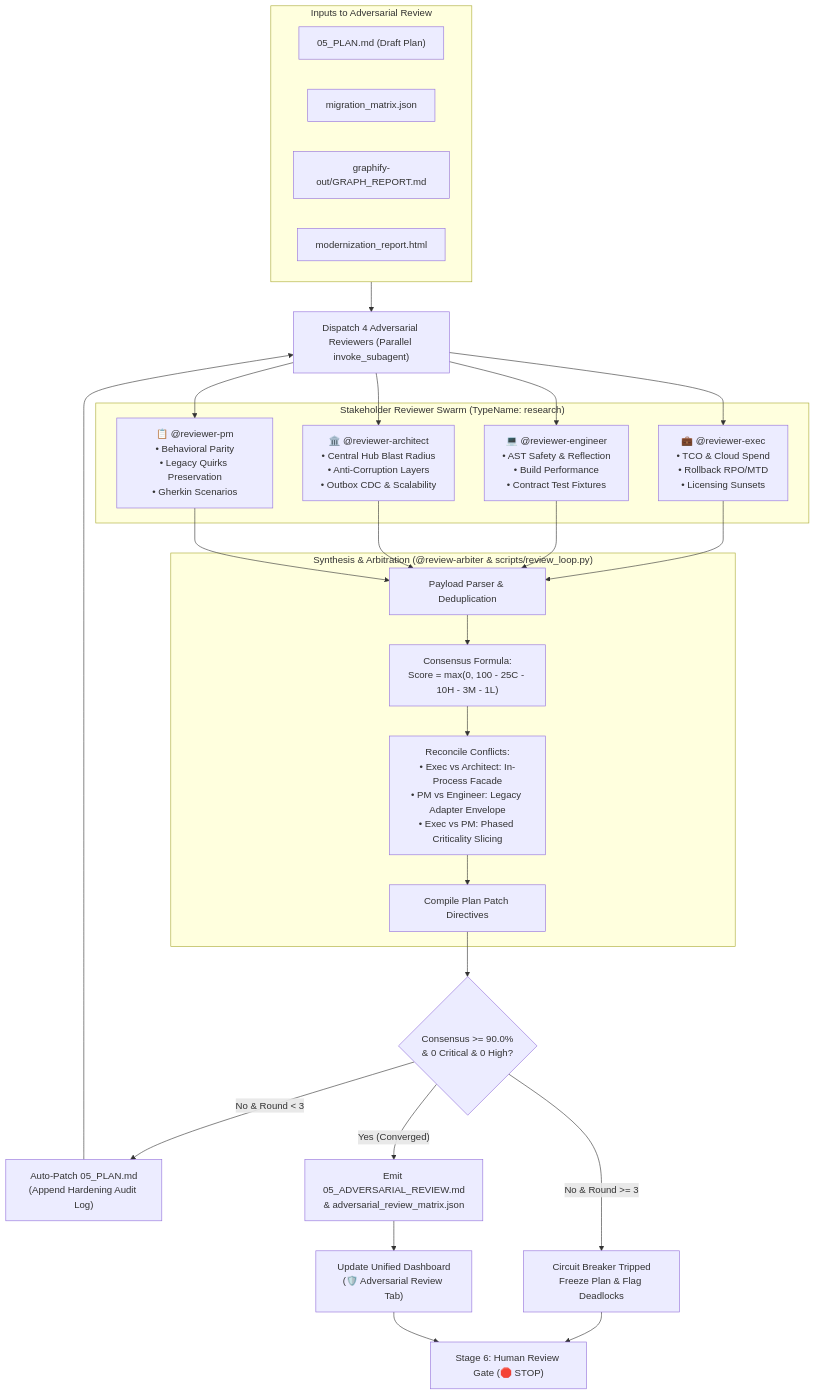
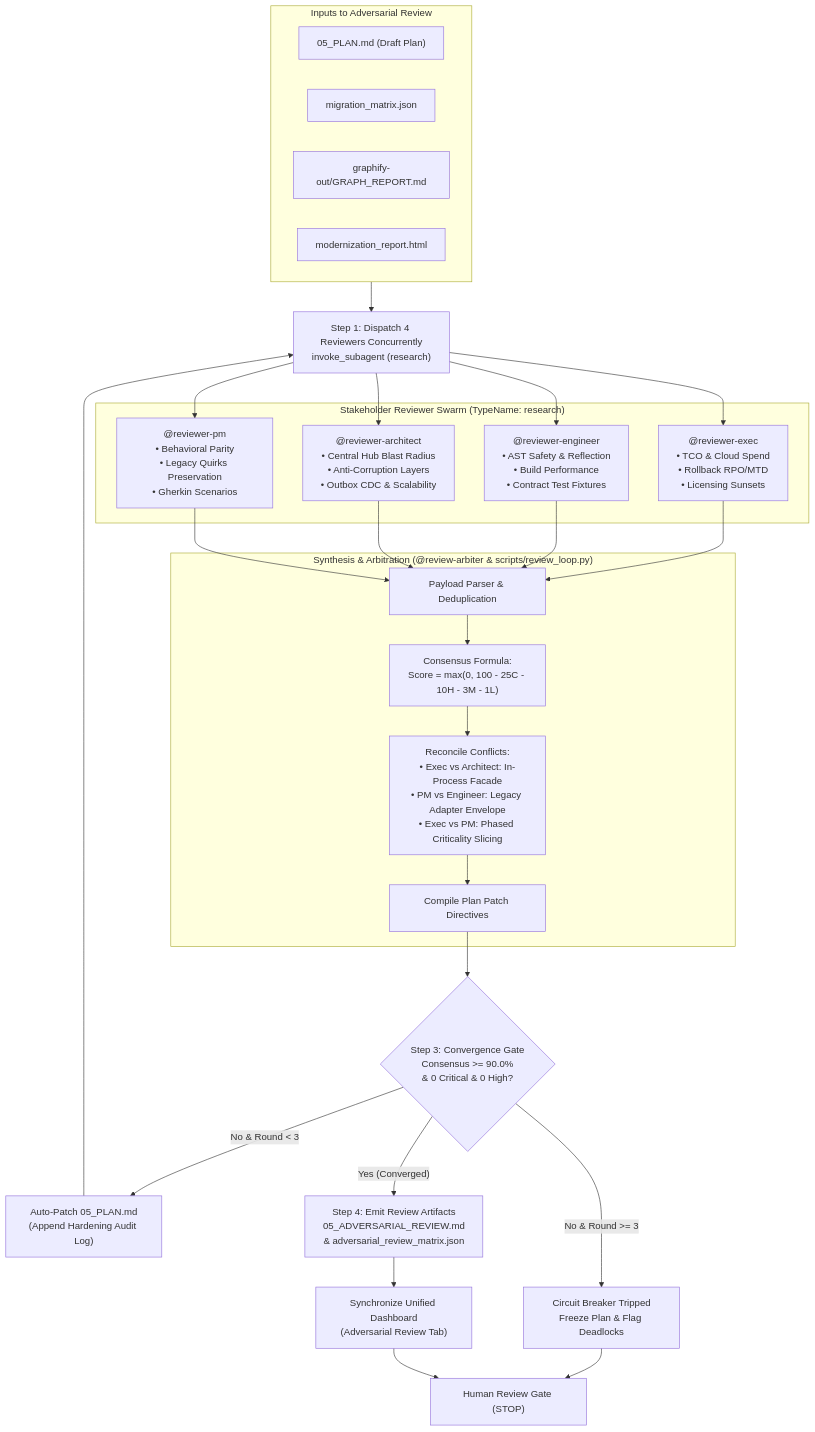
Before and after one commit to sapientcoffee/bean-grinder: the diagram in skills/adversarial-review/SKILL.md, drawn with Mermaid. The commit also changed other lines of this file and 4 other files, not shown here.

````diff
--- a/skills/adversarial-review/SKILL.md
+++ b/skills/adversarial-review/SKILL.md
@@ -46,39 +10,39 @@
 ```mermaid
 flowchart TD
     subgraph Inputs["Inputs to Adversarial Review"]
         Plan["05_PLAN.md (Draft Plan)"]
         Matrix["migration_matrix.json"]
         Graph["graphify-out/GRAPH_REPORT.md"]
         Report["modernization_report.html"]
     end
 
-    Inputs --> Dispatch["Dispatch 4 Adversarial Reviewers (Parallel invoke_subagent)"]
+    Inputs --> Dispatch["Step 1: Dispatch 4 Reviewers Concurrently<br/>invoke_subagent (research)"]
 
     subgraph Swarm["Stakeholder Reviewer Swarm (TypeName: research)"]
-        Exec["💼 @reviewer-exec<br/>• TCO & Cloud Spend<br/>• Rollback RPO/MTD<br/>• Licensing Sunsets"]
-        Eng["💻 @reviewer-engineer<br/>• AST Safety & Reflection<br/>• Build Performance<br/>• Contract Test Fixtures"]
-        Arch["🏛️ @reviewer-architect<br/>• Central Hub Blast Radius<br/>• Anti-Corruption Layers<br/>• Outbox CDC & Scalability"]
-        PM["📋 @reviewer-pm<br/>• Behavioral Parity<br/>• Legacy Quirks Preservation<br/>• Gherkin Scenarios"]
+        Exec["@reviewer-exec<br/>• TCO & Cloud Spend<br/>• Rollback RPO/MTD<br/>• Licensing Sunsets"]
+        Eng["@reviewer-engineer<br/>• AST Safety & Reflection<br/>• Build Performance<br/>• Contract Test Fixtures"]
+        Arch["@reviewer-architect<br/>• Central Hub Blast Radius<br/>• Anti-Corruption Layers<br/>• Outbox CDC & Scalability"]
+        PM["@reviewer-pm<br/>• Behavioral Parity<br/>• Legacy Quirks Preservation<br/>• Gherkin Scenarios"]
     end
 
     Dispatch --> Exec & Eng & Arch & PM
 
     subgraph Arbitration["Synthesis & Arbitration (@review-arbiter & scripts/review_loop.py)"]
         Exec & Eng & Arch & PM --> Parse["Payload Parser & Deduplication"]
         Parse --> Score["Consensus Formula:<br/>Score = max(0, 100 - 25C - 10H - 3M - 1L)"]
         Score --> TradeOffs["Reconcile Conflicts:<br/>• Exec vs Architect: In-Process Facade<br/>• PM vs Engineer: Legacy Adapter Envelope<br/>• Exec vs PM: Phased Criticality Slicing"]
         TradeOffs --> Directive["Compile Plan Patch Directives"]
     end
 
-    Directive --> Eval{"Consensus >= 90.0%<br/>& 0 Critical & 0 High?"}
+    Directive --> Eval{"Step 3: Convergence Gate<br/>Consensus >= 90.0%<br/>& 0 Critical & 0 High?"}
 
     Eval -->|"No & Round < 3"| AutoPatch["Auto-Patch 05_PLAN.md<br/>(Append Hardening Audit Log)"]
     AutoPatch --> Dispatch
 
     Eval -->|"No & Round >= 3"| CircuitBreaker["Circuit Breaker Tripped<br/>Freeze Plan & Flag Deadlocks"]
-    CircuitBreaker --> Gate["Stage 6: Human Review Gate (🛑 STOP)"]
+    CircuitBreaker --> Gate["Human Review Gate (STOP)"]
 
-    Eval -->|"Yes (Converged)"| Converged["Emit 05_ADVERSARIAL_REVIEW.md<br/>& adversarial_review_matrix.json"]
-    Converged --> Dash["Update Unified Dashboard<br/>(🛡️ Adversarial Review Tab)"]
+    Eval -->|"Yes (Converged)"| Converged["Step 4: Emit Review Artifacts<br/>05_ADVERSARIAL_REVIEW.md<br/>& adversarial_review_matrix.json"]
+    Converged --> Dash["Synchronize Unified Dashboard<br/>(Adversarial Review Tab)"]
     Dash --> Gate
 ```
````
